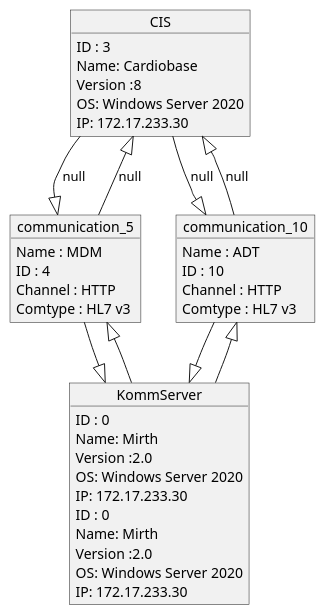
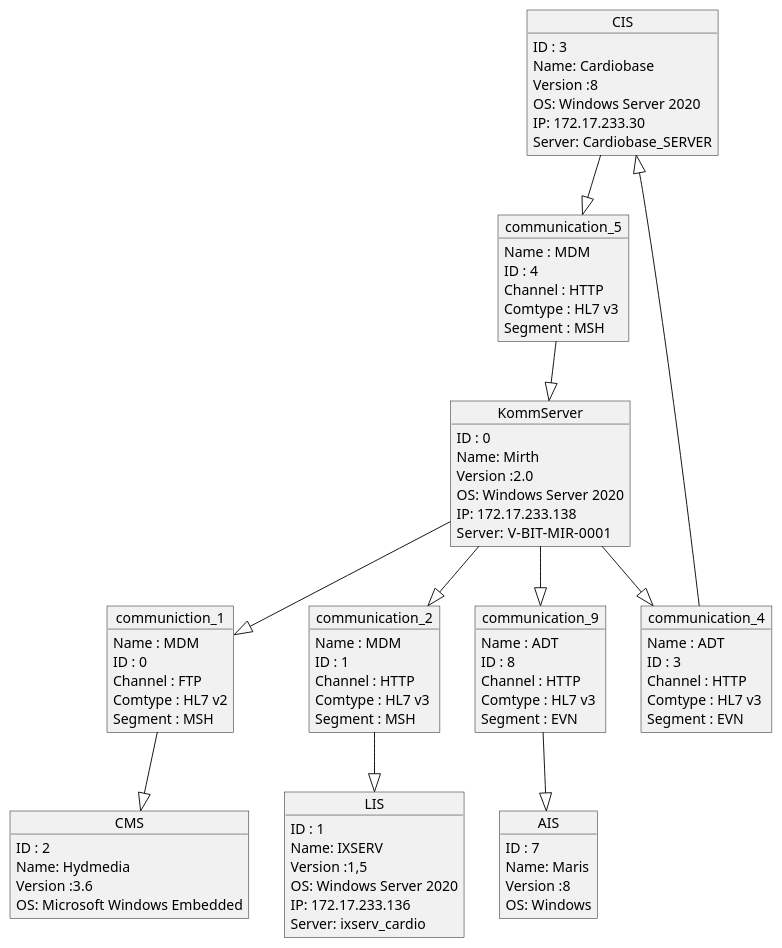
Before and after one commit to VirtualReality1/topologieSpringBoot: the diagram in static/puml/CIS.puml, drawn with PlantUML. The commit also changed 15 other files, not shown here.

```diff
--- a/static/puml/CIS.puml
+++ b/static/puml/CIS.puml
@@ -1,37 +1,73 @@
 @startuml
 object CIS
 object KommServer
 KommServer : ID : 0
 KommServer : Name: Mirth
 KommServer : Version :2.0
 KommServer : OS: Windows Server 2020
-KommServer : IP: 172.17.233.30
+KommServer : IP: 172.17.233.138
+KommServer : Server:  V-BIT-MIR-0001
+object CMS
+CMS : ID : 2
+CMS : Name: Hydmedia
+CMS : Version :3.6
+CMS : OS: Microsoft Windows Embedded
 object communication_5
 communication_5 : Name : MDM
 communication_5 : ID : 4
 communication_5 : Channel : HTTP
 communication_5 : Comtype : HL7 v3
-CIS --|> communication_5:null
+object communiction_1
+communiction_1 : Name : MDM
+communiction_1 : ID : 0
+communiction_1 : Channel : FTP
+communiction_1 : Comtype : HL7 v2
+KommServer --|> communiction_1
+communiction_1 --|> CMS
+communiction_1 : Segment : MSH
+object LIS
+LIS : ID : 1
+LIS : Name: IXSERV
+LIS : Version :1,5
+LIS : OS: Windows Server 2020
+LIS : IP: 172.17.233.136
+LIS : Server: ixserv_cardio
+object communication_2
+communication_2 : Name : MDM
+communication_2 : ID : 1
+communication_2 : Channel : HTTP
+communication_2 : Comtype : HL7 v3
+KommServer --|> communication_2
+communication_2 --|> LIS
+communication_2 : Segment : MSH
+object communication_4
+communication_4 : Name : ADT
+communication_4 : ID : 3
+communication_4 : Channel : HTTP
+communication_4 : Comtype : HL7 v3
+KommServer --|> communication_4
+communication_4 --|> CIS
+communication_4 : Segment : EVN
+object AIS
+AIS : ID : 7
+AIS : Name: Maris
+AIS : Version :8
+AIS : OS: Windows
+object communication_9
+communication_9 : Name : ADT
+communication_9 : ID : 8
+communication_9 : Channel : HTTP
+communication_9 : Comtype : HL7 v3
+KommServer --|> communication_9
+communication_9 --|> AIS
+communication_9 : Segment : EVN
+CIS --|> communication_5
 communication_5 --|> KommServer
-CIS <|-- communication_5:null
-communication_5 <|-- KommServer
-KommServer : ID : 0
-KommServer : Name: Mirth
-KommServer : Version :2.0
-KommServer : OS: Windows Server 2020
-KommServer : IP: 172.17.233.30
-object communication_10
-communication_10 : Name : ADT
-communication_10 : ID : 10
-communication_10 : Channel : HTTP
-communication_10 : Comtype : HL7 v3
-CIS --|> communication_10:null
-communication_10 --|> KommServer
-CIS <|-- communication_10:null
-communication_10 <|-- KommServer
+communication_5 : Segment : MSH
 CIS : ID : 3
 CIS : Name: Cardiobase
 CIS : Version :8
 CIS : OS: Windows Server 2020
 CIS : IP: 172.17.233.30
+CIS : Server: Cardiobase_SERVER
 @enduml
```
